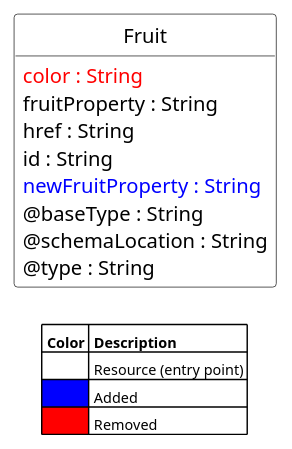
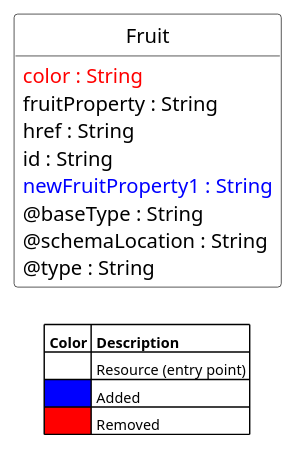
One commit to jburgess/pr-action-test01-publish changed the diagram in pr/v5.0.0-dev-gui/YYY_Fruit/source_branch/apis/YYY_Fruit/deltas/Resource_Fruit.puml. Above: the diagram before and after it, drawn with PlantUML. The commit also changed 13 other files, not shown here.

```diff
--- a/pr/v5.0.0-dev-gui/YYY_Fruit/source_branch/apis/YYY_Fruit/deltas/Resource_Fruit.puml
+++ b/pr/v5.0.0-dev-gui/YYY_Fruit/source_branch/apis/YYY_Fruit/deltas/Resource_Fruit.puml
@@ -1,42 +1,42 @@
 @startuml
 class Fruit <<Pivot>> {
    <color:red>color : String
    fruitProperty : String
    href : String
    id : String
-   <color:blue>newFruitProperty : String
+   <color:blue>newFruitProperty1 : String
    @baseType : String
    @schemaLocation : String
    @type : String
 }
 
 hide circle
 hide methods
 hide stereotype
 show <<Enumeration>> stereotype
 skinparam legend {
    borderRoundCorner 0
    borderColor red
    backgroundColor white
 }
 skinparam class {
    BorderColor<<Extension-1>> blue
    FontColor<<Extension-1>> blue
    backgroundColor<<Enumeration>> #E6F5F7
    backgroundColor<<Ref>> #FFFFE0
    backgroundColor<<Pivot>> #FFFFFFF
    backgroundColor<<Resource>> #FCF2E3
    backgroundColor<<SubResource>> #FFFFFFF
    backgroundColor<<SubResourceReference>> #FADADD
    BorderColor<<Extension-2>> red
    FontColor<<Extension-2>> red
 }
 legend 
    |= <size:10>Color |= <size:10>Description ||
    |<#FFFFFFF> | <size:10>Resource (entry point) ||
    |<#blue> | <size:10>Added ||
    |<#red> | <size:10>Removed ||
 endlegend 
 skinparam legendBackgroundColor #transparent
 skinparam legendBorderColor #transparent
 @enduml
```
